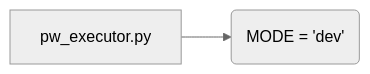
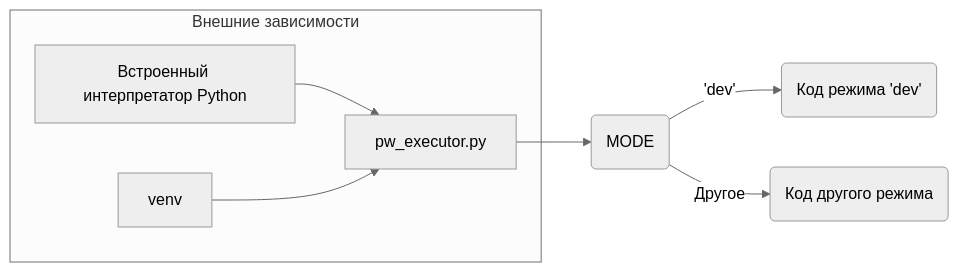
One commit to hypo69/hypo changed the second of 2 diagrams in docs/gemini/ru/explainer/src/webdriver/playwright/pw_executor.md. Above: the diagram before and after it, drawn with Mermaid (neutral theme). The commit also changed other lines of this file and 311 other files, not shown here.

````diff
--- a/docs/gemini/ru/explainer/src/webdriver/playwright/pw_executor.md
+++ b/docs/gemini/ru/explainer/src/webdriver/playwright/pw_executor.md
@@ -35,4 +35,10 @@
 ```mermaid
 graph LR
-    A[pw_executor.py] --> B(MODE = 'dev');
+    A[pw_executor.py] --> B(MODE);
+    B -- 'dev' --> C(Код режима 'dev');
+    B -- Другое --> D(Код другого режима);
+    subgraph "Внешние зависимости"
+      E[Встроенный интерпретатор Python] --> A;
+      F[venv] --> A;
+    end
 ```
````
